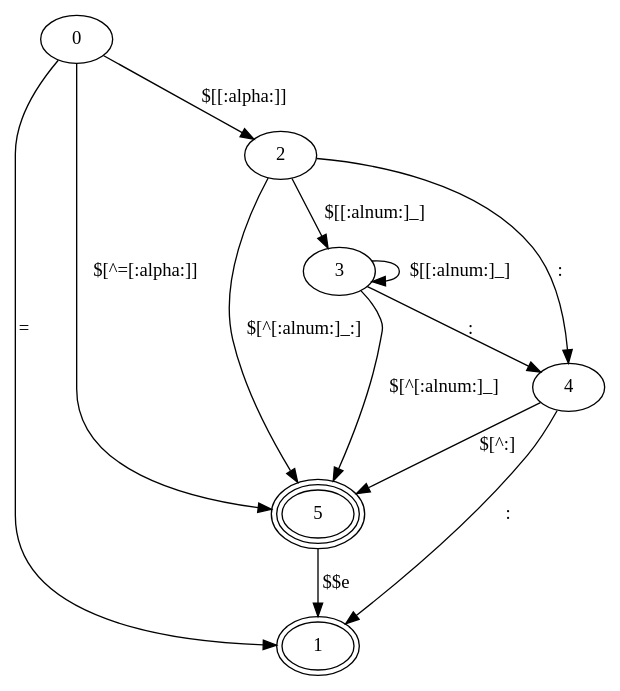
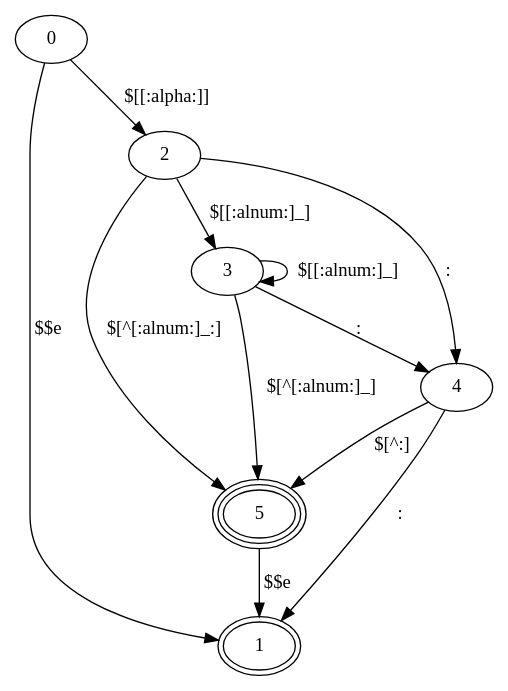
The diagram in lua/tag.dot (aoyako/682-Lexer), drawn with Graphviz before and after one commit. The commit also changed 11 other files, not shown here.

```diff
--- a/lua/tag.dot
+++ b/lua/tag.dot
@@ -1,18 +1,17 @@
 digraph tag {
     1 [peripheries=2]
     5 [peripheries=3]
 
-    0 -> 1 [label="="]
     0 -> 2 [label="$[[:alpha:]]"]
+    0 -> 1 [label="$$e"]
     2 -> 3 [label="$[[:alnum:]\_]"]
     2 -> 4 [label=":"]
     3 -> 3 [label="$[[:alnum:]\_]"]
     3 -> 4 [label=":"]
     4 -> 1 [label=":"]
 
     3 -> 5 [label="$[^[:alnum:]\_]"]
     4 -> 5 [label="$[^\:]"]
     2 -> 5 [label="$[^[:alnum:]\_\:]"]
-    0 -> 5 [label="$[^\=[:alpha:]]"]
     5 -> 1 [label="$$e"]
 }
```
